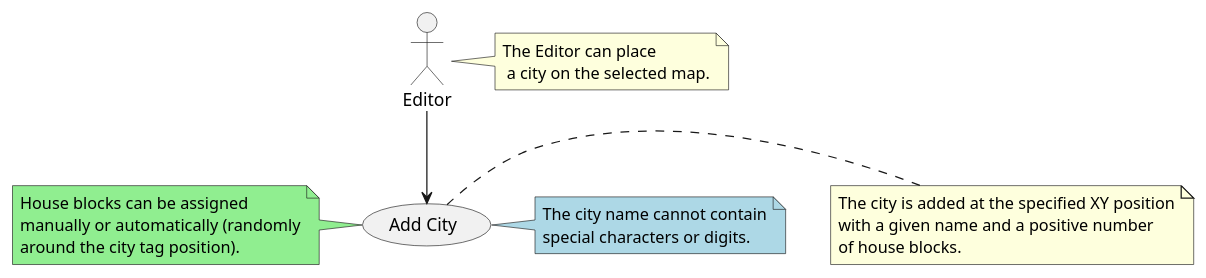
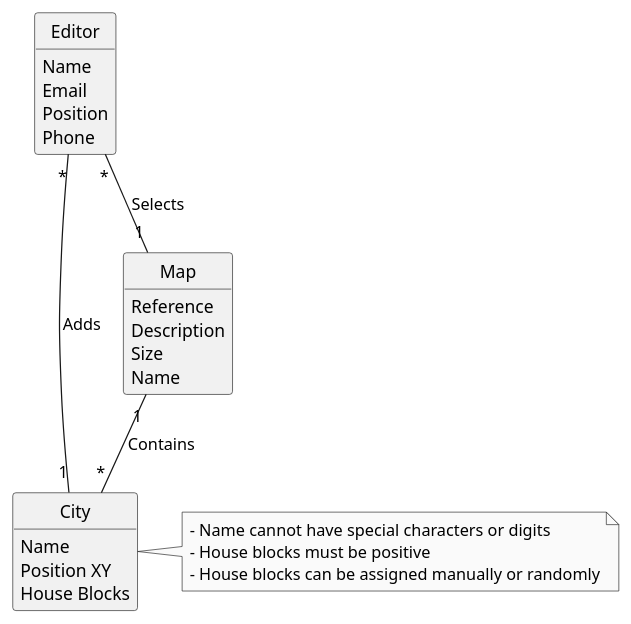
The diagram in docs/(template-files)/US03/us03.puml (Andremonteiro1240850/railway_simulator), drawn with PlantUML before and after one commit. The commit also changed 3 other files, not shown here.

Commit message:
Diagrams of US cases (1 trough 4) updated

```diff
--- a/docs/(template-files)/US03/us03.puml
+++ b/docs/(template-files)/US03/us03.puml
@@ -1,27 +1,42 @@
 @startuml
 'https://plantuml.com/use-case-diagram
 
-:Editor: as Editor
-(Add City) as (AddCity)
-Editor --> (AddCity)
+skinparam monochrome true
+skinparam packageStyle rectangle
+skinparam shadowing false
 
-note right of Editor : The Editor can place\n a city on the selected map.
+skinparam classAttributeIconSize 0
+hide circle
+hide methods
 
-note right of (AddCity)
-The city is added at the specified XY position
-with a given name and a positive number
-of house blocks.
-end note
+class Editor {
+  Name
+  Email
+  Position
+  Phone
+}
 
-note right of (AddCity) #lightblue
-The city name cannot contain
-special characters or digits.
-end note
+class Map {
+  Reference
+  Description
+  Size
+  Name
+}
 
-note left of (AddCity) #lightgreen
-House blocks can be assigned
-manually or automatically (randomly
-around the city tag position).
+class City {
+  Name
+  Position XY
+  House Blocks
+}
+
+Editor "*" -- "1" Map : Selects
+Editor "*" -- "1" City : Adds
+Map "1" -- "*" City : Contains
+
+note right of City
+  - Name cannot have special characters or digits
+  - House blocks must be positive
+  - House blocks can be assigned manually or randomly
 end note
 
 @enduml
```
